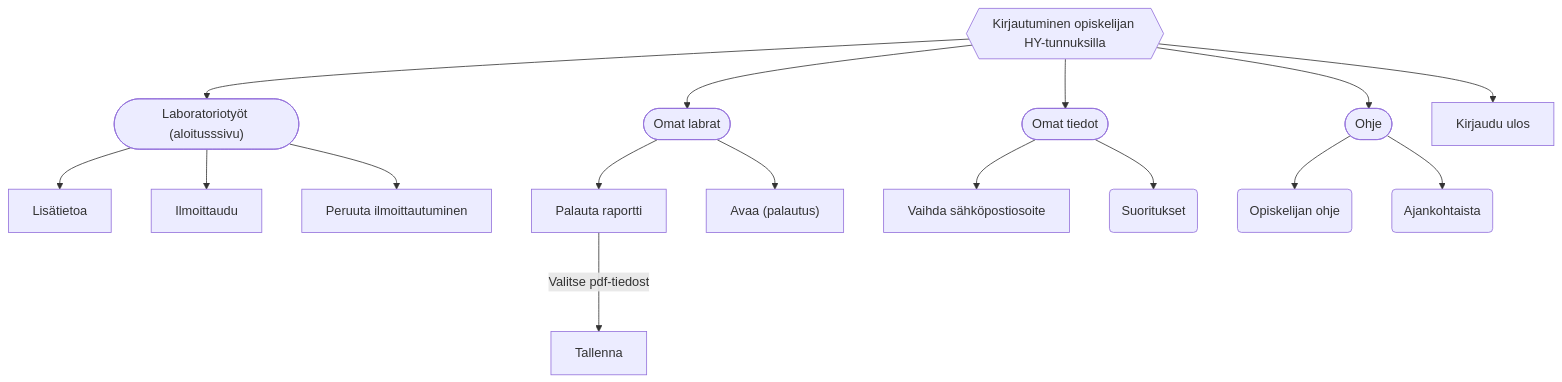
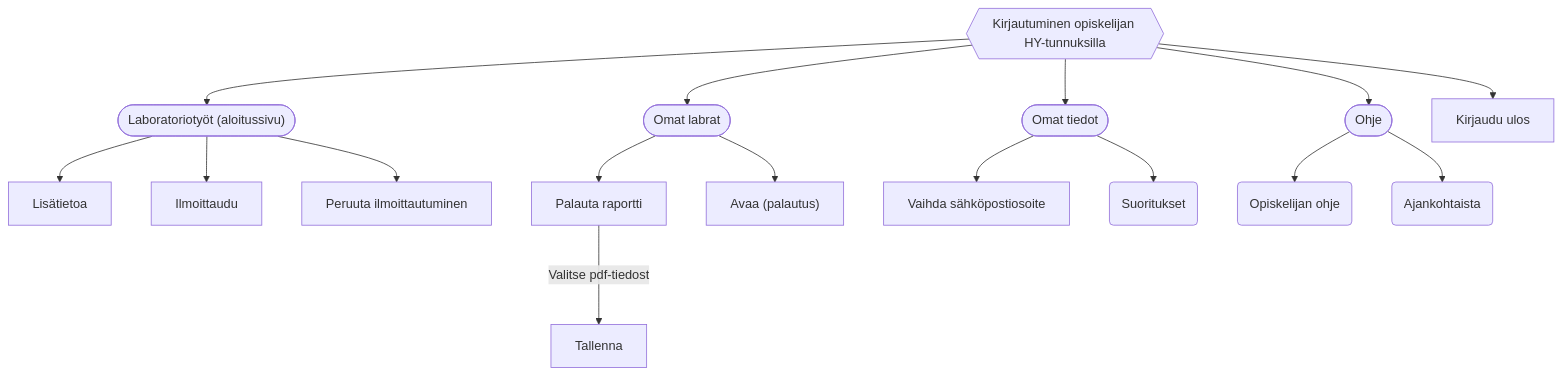
One commit to Salmela/ilmo changed the third of 3 diagrams in documentation/architecture.md. Above: the diagram before and after it, drawn with Mermaid.

````diff
--- a/documentation/architecture.md
+++ b/documentation/architecture.md
@@ -74,21 +74,21 @@
 ```mermaid
   flowchart TD
-  1{{"Kirjautuminen opiskelijan HY-tunnuksilla"}}-->2(["Laboratoriotyöt (aloitusssivu)"]);
+  1{{"Kirjautuminen opiskelijan HY-tunnuksilla"}}-->2(["Laboratoriotyöt (aloitussivu)"]);
   2-->3["Lisätietoa"];
   2-->4["Ilmoittaudu"];
   2-->5["Peruuta ilmoittautuminen"];
 
   1-->6(["Omat labrat"]);
   6-->7["Palauta raportti"]--Valitse pdf-tiedosto-->8["Tallenna"];
   6-->9["Avaa (palautus)"];
 
   1-->10(["Omat tiedot"]);
   10-->11["Vaihda sähköpostiosoite"];
   10-->12("Suoritukset");
 
   1-->13(["Ohje"])
   13-->14("Opiskelijan ohje");
   13-->15("Ajankohtaista");
 
   1-->16["Kirjaudu ulos"];
 ```
````
